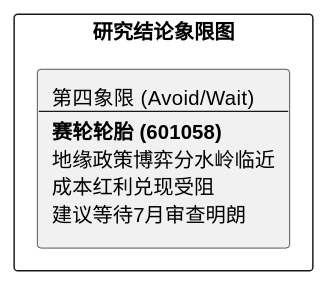
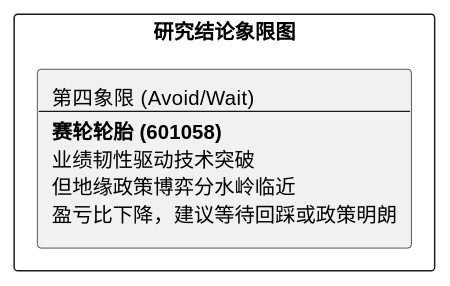
One commit to hrzzzrh/QuantPyLab changed the diagram in investigation/equities/赛轮轮胎/reports/研报章节七：投资摘要与风险因素.md. Above: the diagram before and after it, drawn with PlantUML. The commit also changed other lines of this file and 99 other files, not shown here.

````diff
--- a/investigation/equities/赛轮轮胎/reports/研报章节七：投资摘要与风险因素.md
+++ b/investigation/equities/赛轮轮胎/reports/研报章节七：投资摘要与风险因素.md
@@ -24,7 +24,7 @@
 ```plantuml
 @startuml
 rectangle "研究结论象限图" {
-    rectangle "第四象限 (Avoid/Wait)\n--\n**赛轮轮胎 (601058)**\n地缘政策博弈分水岭临近\n成本红利兑现受阻\n建议等待7月审查明朗" as Q4
+    rectangle "第四象限 (Avoid/Wait)\n--\n**赛轮轮胎 (601058)**\n业绩韧性驱动技术突破\n但地缘政策博弈分水岭临近\n盈亏比下降，建议等待回踩或政策明朗" as Q4
 }
 @enduml
 ```
````
